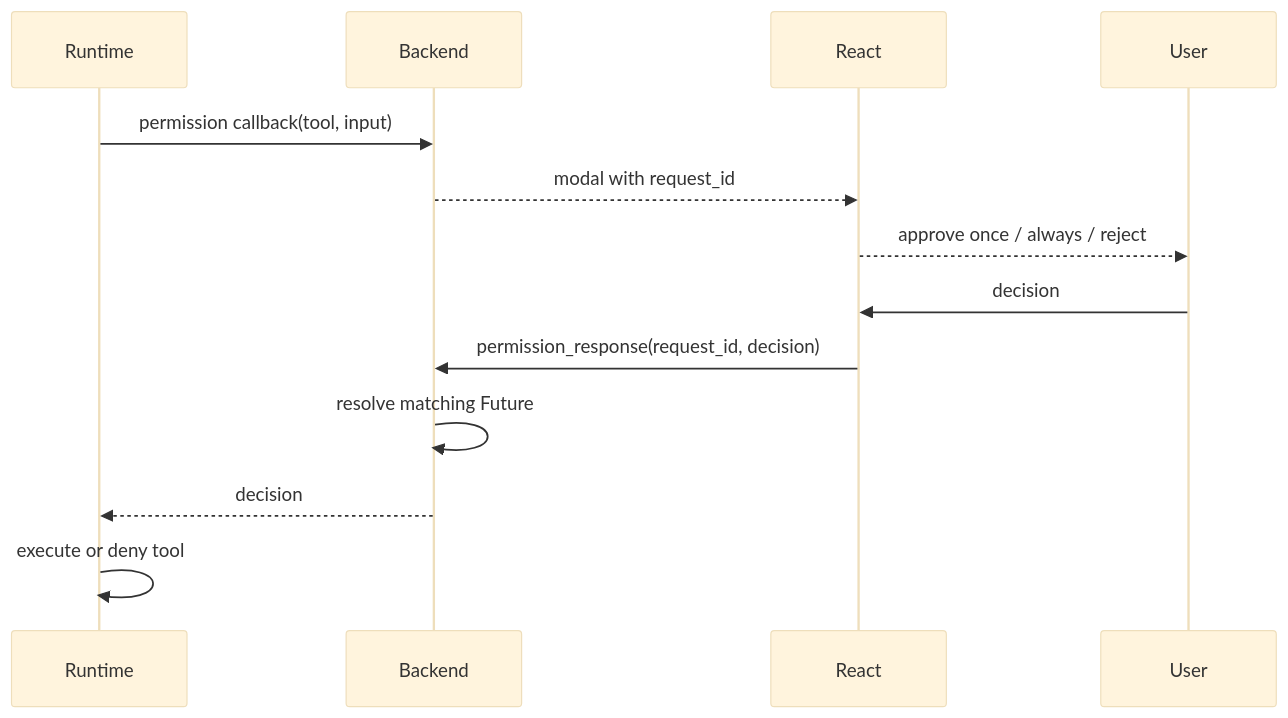
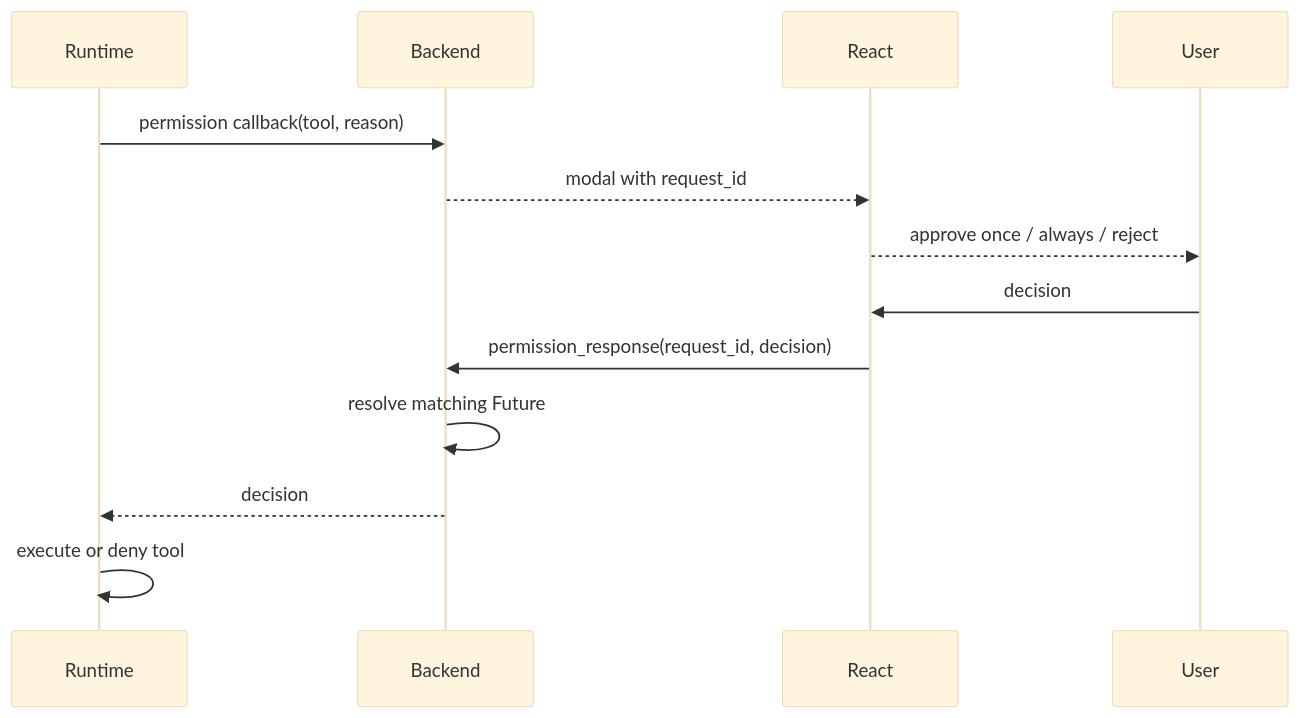
Before and after one commit to kevinwengh/OpenHarness: the second of 2 diagrams in docs/developer/flows/INTERACTIVE_OH_FRONTEND_BACKEND_E2E.md, drawn with Mermaid (base theme). The commit also changed other lines of this file and 16 other files, not shown here.

Commit message:
docs: deepen oh user and runtime flow guides

````diff
--- a/docs/developer/flows/INTERACTIVE_OH_FRONTEND_BACKEND_E2E.md
+++ b/docs/developer/flows/INTERACTIVE_OH_FRONTEND_BACKEND_E2E.md
@@ -197,16 +198,16 @@
 ```mermaid
 sequenceDiagram
     participant Runtime
     participant Backend
     participant React
     participant User
 
-    Runtime->>Backend: permission callback(tool, input)
+    Runtime->>Backend: permission callback(tool, reason)
     Backend-->>React: modal with request_id
     React-->>User: approve once / always / reject
     User->>React: decision
     React->>Backend: permission_response(request_id, decision)
     Backend->>Backend: resolve matching Future
     Backend-->>Runtime: decision
     Runtime->>Runtime: execute or deny tool
 ```
````
